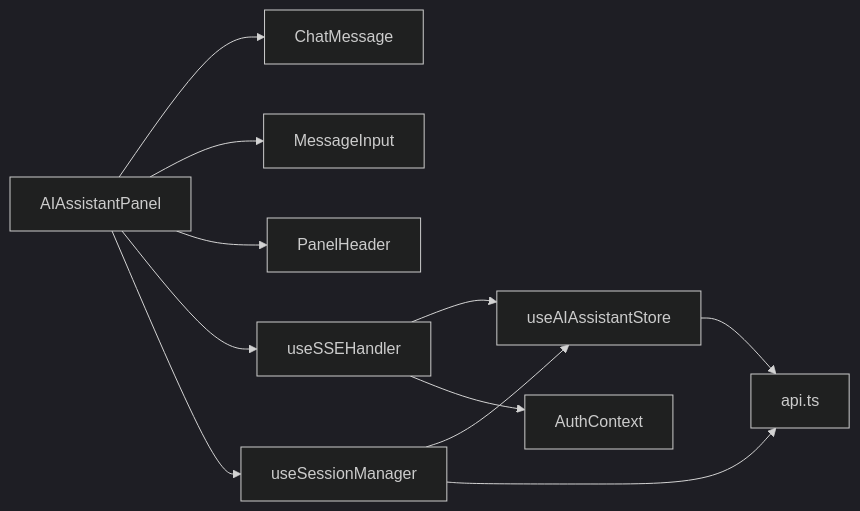
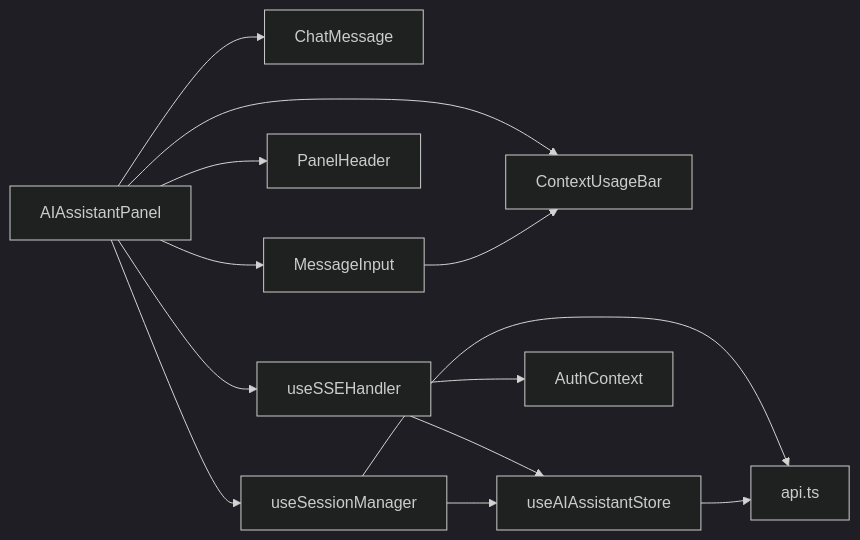
The tenth of 10 diagrams in .qoder/repowiki/zh/content/前端应用架构/UI组件库/画布组件系统/AI助手面板.md (KunLabAI/KunFlix), drawn with Mermaid (dark theme) before and after one commit. The commit also changed other lines of this file and 15 other files, not shown here.

````diff
--- a/.qoder/repowiki/zh/content/前端应用架构/UI组件库/画布组件系统/AI助手面板.md
+++ b/.qoder/repowiki/zh/content/前端应用架构/UI组件库/画布组件系统/AI助手面板.md
@@ -403,13 +480,15 @@
 ```mermaid
 graph LR
 AIP["AIAssistantPanel"] --> CHAT["ChatMessage"]
 AIP --> INPUT["MessageInput"]
 AIP --> HDR["PanelHeader"]
 AIP --> SSE["useSSEHandler"]
 AIP --> SESS["useSessionManager"]
+AIP --> CONTEXT["ContextUsageBar"]
 SSE --> STORE["useAIAssistantStore"]
 SESS --> STORE
 SESS --> API["api.ts"]
 SSE --> AUTH["AuthContext"]
 STORE --> API
+INPUT --> CONTEXT
 ```
````
